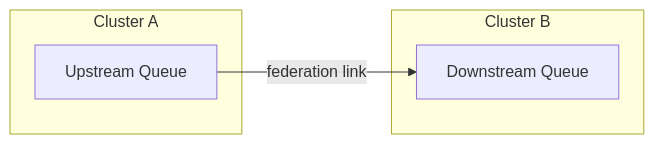
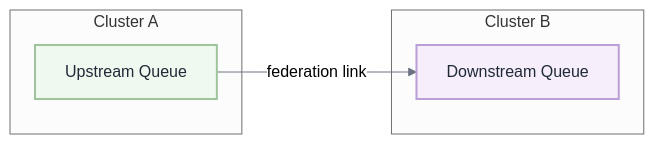
Before and after one commit to MishaSytch/middle_java_back: the fourth of 5 diagrams in docs/interview/rabbitmq.md, drawn with Mermaid. The commit also changed other lines of this file and 15 other files, not shown here.

````diff
--- a/docs/interview/rabbitmq.md
+++ b/docs/interview/rabbitmq.md
@@ -491,10 +525,15 @@
 ```mermaid
+%%{init: { 'theme': 'neutral', 'themeVariables': { 'primaryColor': '#ffffff', 'primaryTextColor': '#1f2937', 'lineColor': '#6b7280', 'primaryBorderColor': '#d1d5db', 'secondaryColor': '#f3f4f6', 'tertiaryColor': '#e5e7eb' } } }%%
 flowchart LR
     subgraph "Cluster A"
         QA[Upstream Queue]
     end
     subgraph "Cluster B"
         QB[Downstream Queue]
     end
     QA -->|federation link| QB
+    classDef n0 fill:#f0f9ef,stroke:#9dc49a,stroke-width:2px,color:#1f2937
+    classDef n1 fill:#f6eefa,stroke:#bb9ed4,stroke-width:2px,color:#1f2937
+    class QA n0
+    class QB n1
 ```
````
